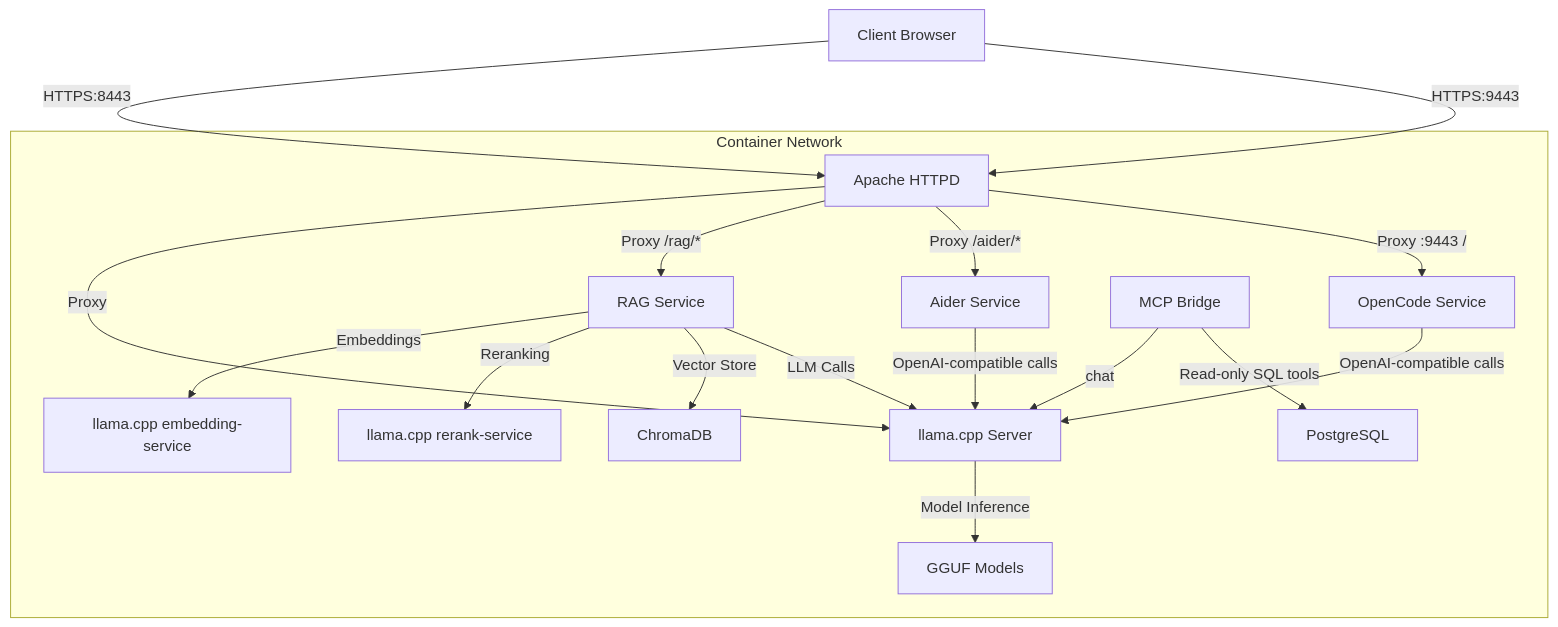
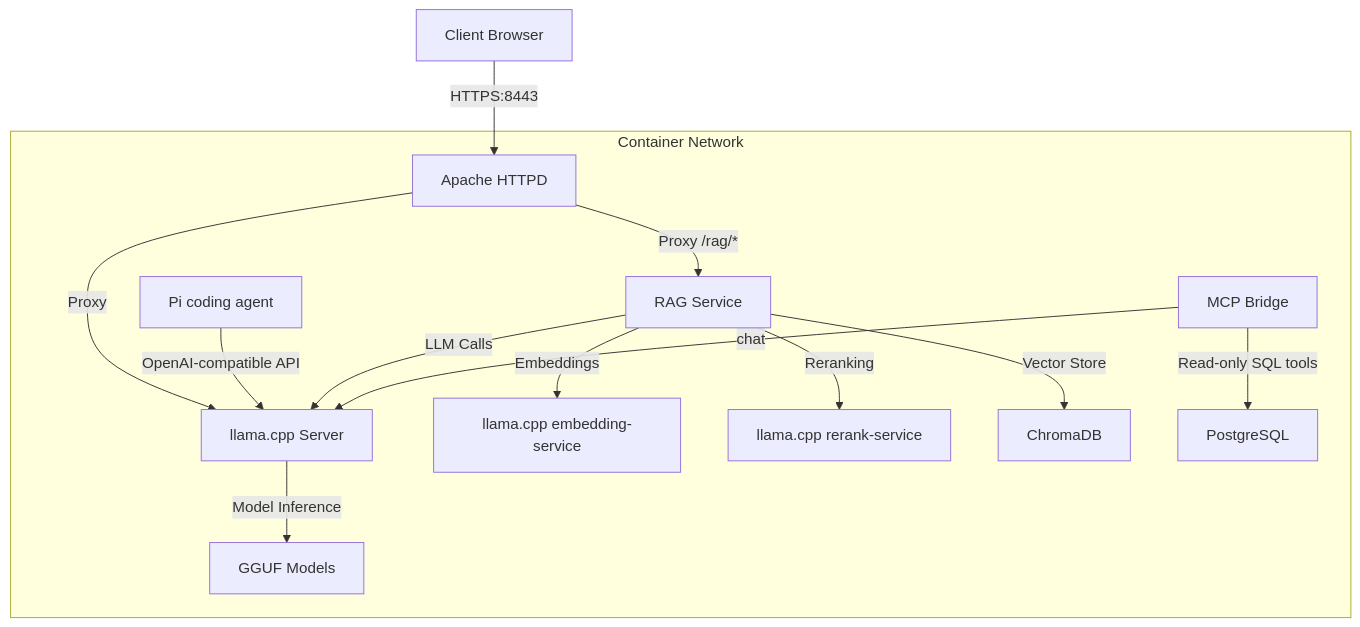
Before and after one commit to hills-i/llama-cpp-podman: the diagram in README.md, drawn with Mermaid. The commit also changed other lines of this file and 13 other files, not shown here.

Commit message:
feat: Remove Aider and OpenCode services, add Pi coding agent with workspace and session management

````diff
--- a/README.md
+++ b/README.md
@@ -95,32 +93,27 @@
 ```mermaid
 graph TB
     A[Client Browser] -->|HTTPS:8443| B[Apache HTTPD]
-    A -->|HTTPS:9443| B
     B -->|Proxy| C[llama.cpp Server]
     B -->|Proxy /rag/*| D[RAG Service]
-    B -->|Proxy /aider/*| K[Aider Service]
-    B -->|Proxy :9443 /| L[OpenCode Service]
+    M[Pi coding agent] -->|OpenAI-compatible API| C
     C -->|Model Inference| E[GGUF Models]
     D -->|Embeddings| F[llama.cpp embedding-service]
     D -->|Reranking| G[llama.cpp rerank-service]
     D -->|Vector Store| H[ChromaDB]
     D -->|LLM Calls| C
     J[MCP Bridge] -->|chat| C
     J -->|Read-only SQL tools| I[PostgreSQL]
-    K -->|OpenAI-compatible calls| C
-    L -->|OpenAI-compatible calls| C
-    
+
     subgraph "Container Network"
         B
         C
         D
         E
         F
         G
         H
         I
         J
-        K
-        L
+        M
     end
 ```
````
